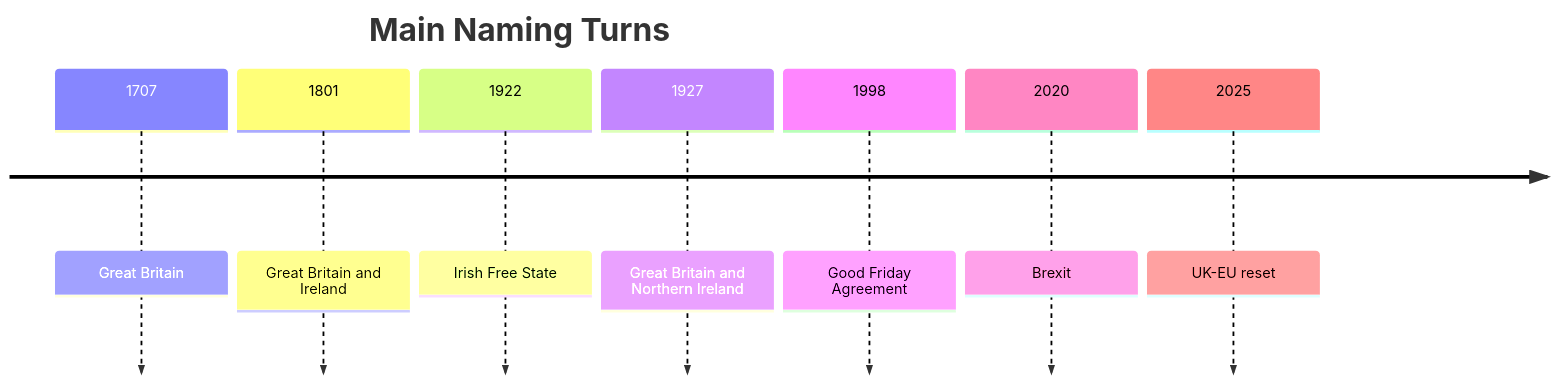
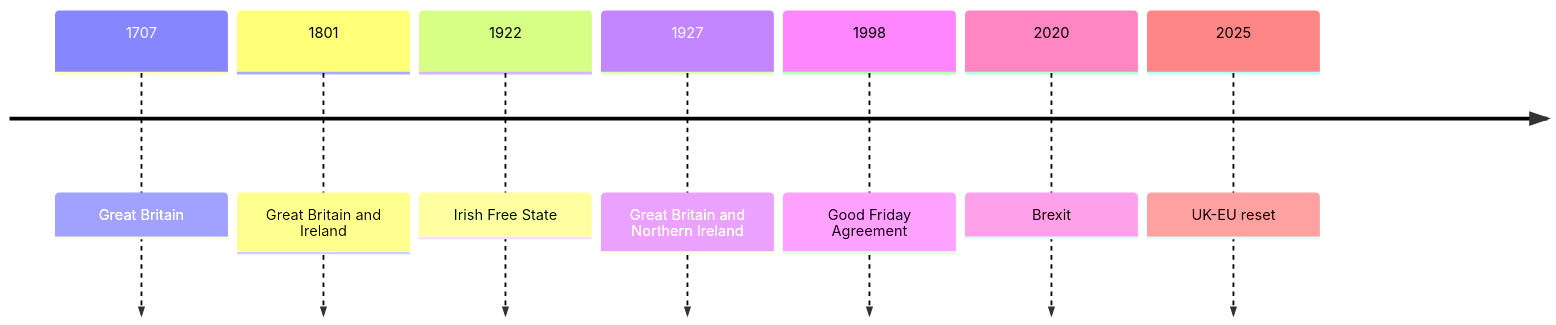
Before and after one commit to daylight55/research: the first of 2 diagrams in articles/report/uk-union-name-neighbours-current/en/index.mdx, drawn with Mermaid. The commit also changed other lines of this file and 181 other files, not shown here.

First line of the commit message:
全記事の図解368点を再生成し、共通注意書きを削除 (#402)

````diff
--- a/articles/report/uk-union-name-neighbours-current/en/index.mdx
+++ b/articles/report/uk-union-name-neighbours-current/en/index.mdx
@@ -26,11 +26,14 @@
 ```mermaid
 timeline
-  title Main Naming Turns
+  accTitle: Changes in the UK's name, territory and European relations
+  accDescr: Read the unions, Irish separation, Northern Ireland peace, EU exit and rapprochement chronologically.
+  accTitle: Changes in the UK's name, territory and European relations
+  accDescr: Read the unions, Irish separation, Northern Ireland peace, EU exit and rapprochement chronologically.
   1707 : Great Britain
   1801 : Great Britain and Ireland
   1922 : Irish Free State
   1927 : Great Britain and Northern Ireland
   1998 : Good Friday Agreement
   2020 : Brexit
   2025 : UK-EU reset
 ```
````
